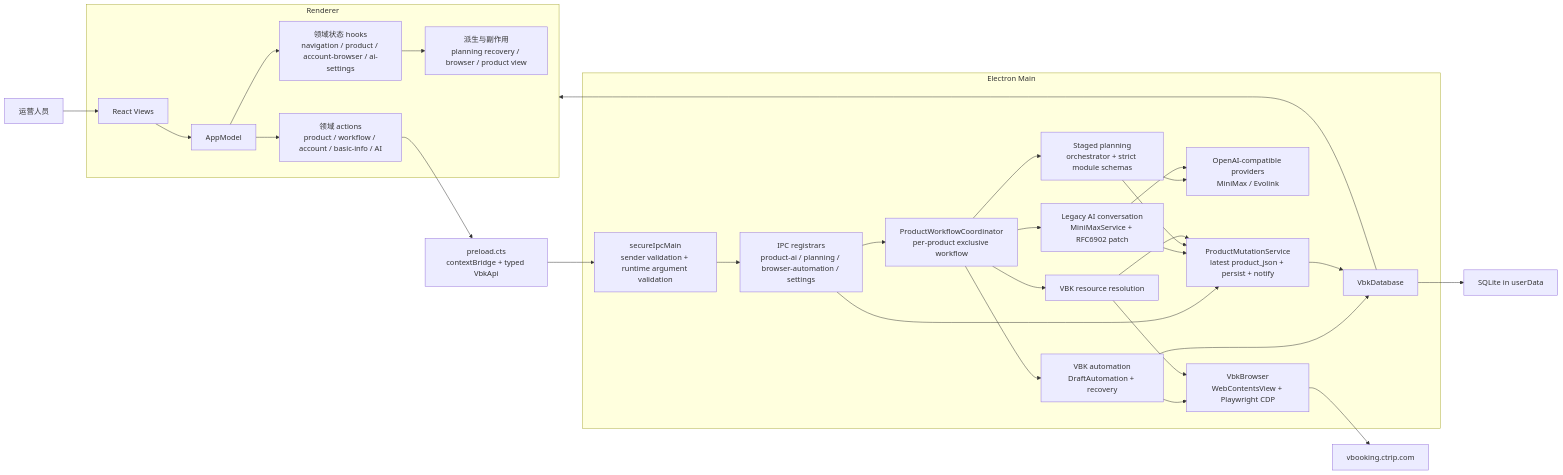
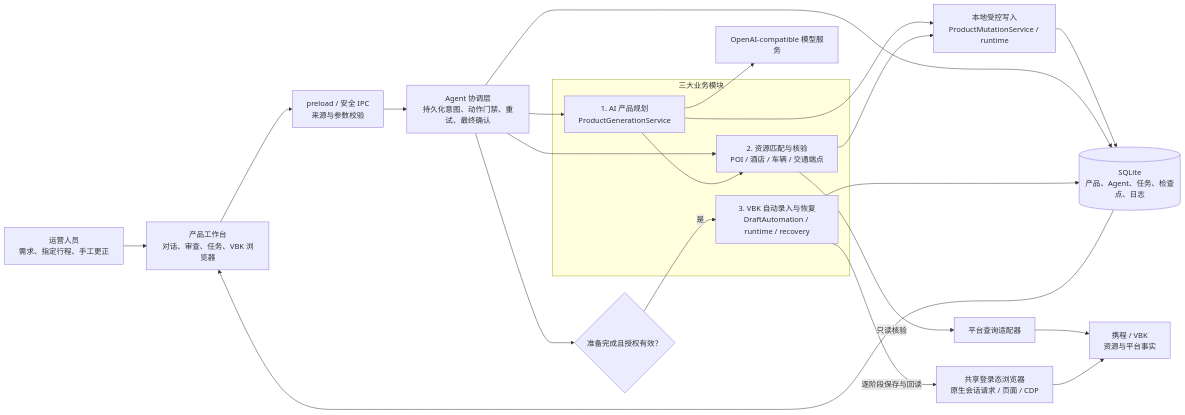
One commit to tibet30/vbk-auto changed the first of 4 diagrams in ARCHITECTURE.md. Above: the diagram before and after it, drawn with Mermaid. The commit also changed other lines of this file, not shown here.

First line of the commit message:
docs(architecture): compress ARCHITECTURE.md to overview (defer detail to audit + module docs)

````diff
--- a/ARCHITECTURE.md
+++ b/ARCHITECTURE.md
@@ -8,40 +17,27 @@
 ```mermaid
 flowchart LR
-  U["运营人员"] --> V["React Views"]
-
-  subgraph R["Renderer"]
-    V --> M["AppModel"]
-    M --> S["领域状态 hooks<br/>navigation / product / account-browser / ai-settings"]
-    M --> A["领域 actions<br/>product / workflow / account / basic-info / AI"]
-    S --> D["派生与副作用<br/>planning recovery / browser / product view"]
+  U["运营人员<br/>需求、指定行程、手工更正"] --> UI["产品工作台<br/>对话、审查、任务、VBK 浏览器"]
+  UI --> IPC["preload / 安全 IPC<br/>来源与参数校验"]
+  IPC --> AG["Agent 协调层<br/>持久化意图、动作门禁、重试、最终确认"]
+  subgraph Core["三大业务模块"]
+    P["1. AI 产品规划<br/>ProductGenerationService"]
+    R["2. 资源匹配与核验<br/>POI / 酒店 / 车辆 / 交通端点"]
+    A["3. VBK 自动录入与恢复<br/>DraftAutomation / runtime / recovery"]
   end
-
-  A --> P["preload.cts<br/>contextBridge + typed VbkApi"]
-  P --> I["secureIpcMain<br/>sender validation + runtime argument validation"]
-
-  subgraph MAIN["Electron Main"]
-    I --> IPC["IPC registrars<br/>product-ai / planning / browser-automation / settings"]
-    IPC --> C["ProductWorkflowCoordinator<br/>per-product exclusive workflow"]
-    IPC --> W["ProductMutationService<br/>latest product_json + persist + notify"]
-
-    C --> L["Legacy AI conversation<br/>MiniMaxService + RFC6902 patch"]
-    C --> SP["Staged planning<br/>orchestrator + strict module schemas"]
-    C --> AU["VBK automation<br/>DraftAutomation + recovery"]
-    C --> RR["VBK resource resolution"]
-
-    L --> W
-    SP --> W
-    RR --> W
-    AU --> DB["VbkDatabase"]
-    W --> DB
-
-    SP --> AI["OpenAI-compatible providers<br/>MiniMax / Evolink"]
-    L --> AI
-    AU --> B["VbkBrowser<br/>WebContentsView + Playwright CDP"]
-    RR --> B
-  end
-
-  DB --> SQL["SQLite in userData"]
-  B --> VBK["vbooking.ctrip.com"]
-  DB --> R
+  AG --> P
+  AG --> R
+  P --> R
+  AG --> G{"准备完成且授权有效？"}
+  G -->|是| A
+  P --> M["本地受控写入<br/>ProductMutationService / runtime"]
+  R --> M
+  M --> DB[("SQLite<br/>产品、Agent、任务、检查点、日志")]
+  AG --> DB
+  A --> DB
+  DB --> UI
+  R -->|只读核验| Q["平台查询适配器"]
+  A -->|逐阶段保存与回读| B["共享登录态浏览器<br/>原生会话请求 / 页面 / CDP"]
+  Q --> EXT["携程 / VBK<br/>资源与平台事实"]
+  B --> EXT
+  P --> AI["OpenAI-compatible 模型服务"]
 ```
````
